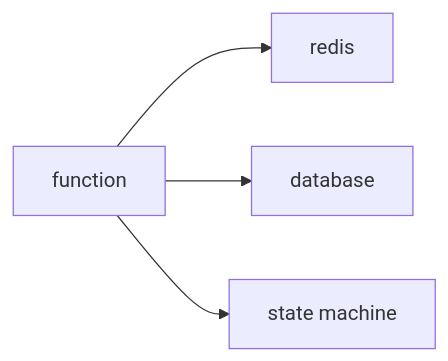
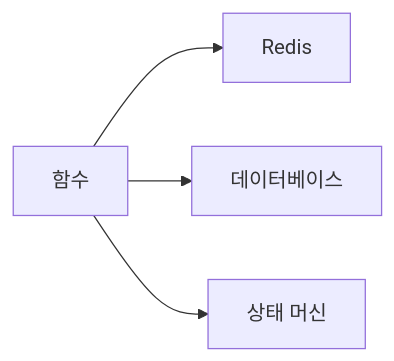
One commit to yeongseon-books/book-content changed the diagram in content/serverless-101/ko/06-state-management.md. Above: the diagram before and after it, drawn with Mermaid. The commit also changed other lines of this file and 3 other files, not shown here.

````diff
--- a/content/serverless-101/ko/06-state-management.md
+++ b/content/serverless-101/ko/06-state-management.md
@@ -33,6 +55,6 @@
 ```mermaid
 flowchart LR
-    Func["function"] --> Cache["redis"]
-    Func --> DB["database"]
-    Func --> Workflow["state machine"]
+    Func["함수"] --> Cache["Redis"]
+    Func --> DB["데이터베이스"]
+    Func --> Workflow["상태 머신"]
 ```
````
